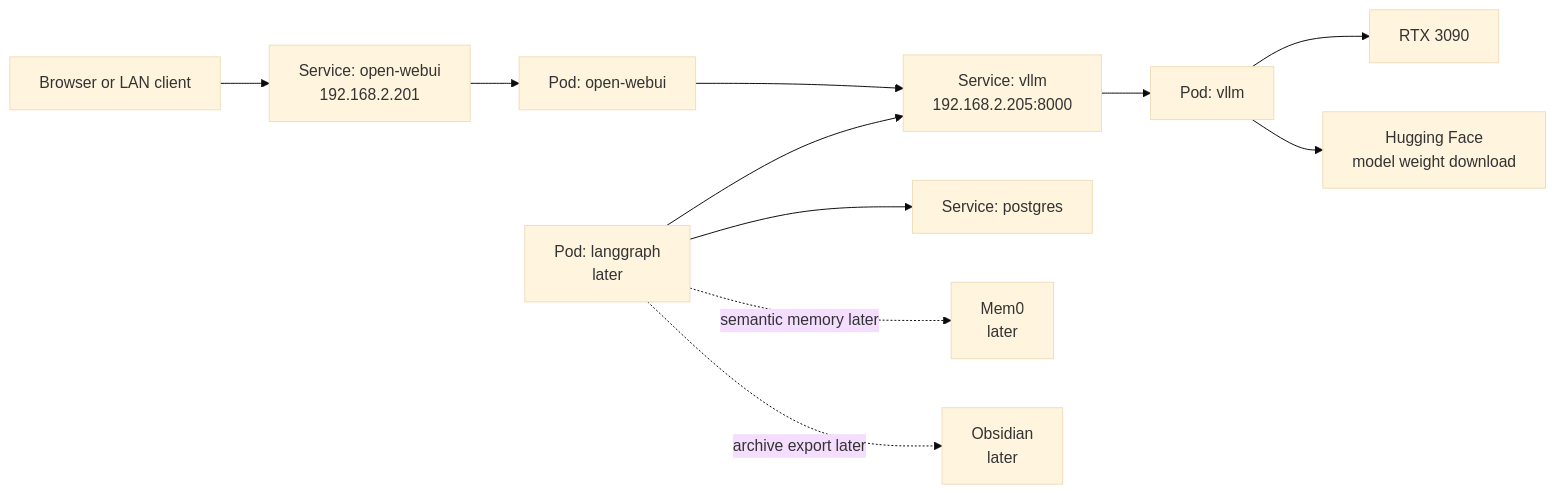
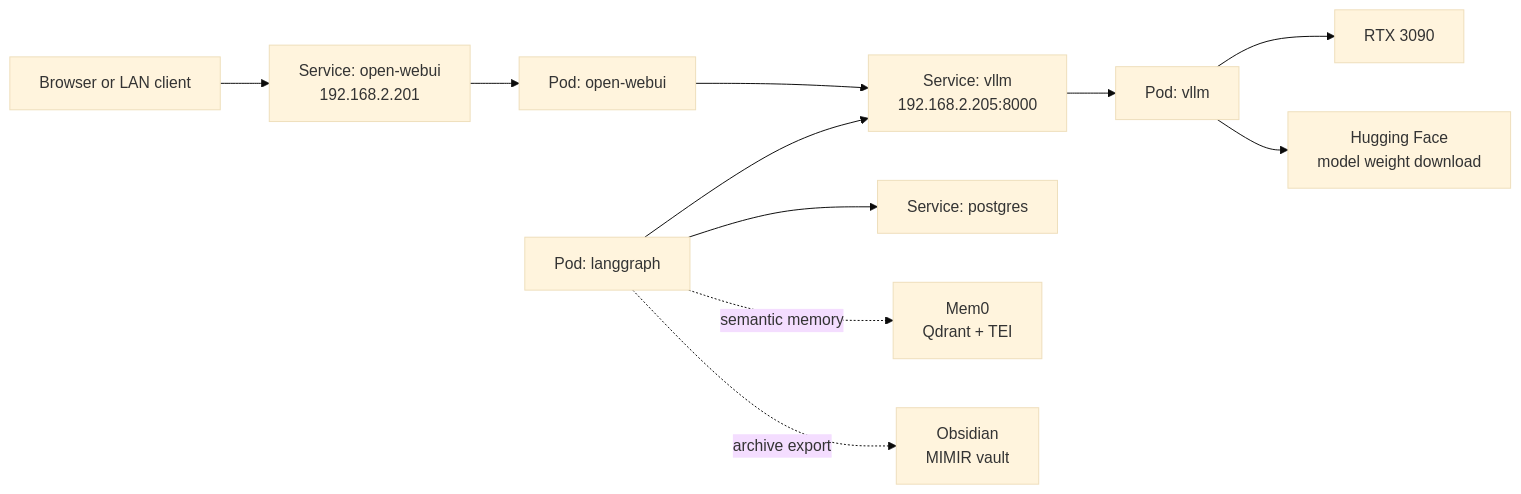
One commit to ixxet/Prometheus changed the diagram in docs/diagrams/pod-interactions.mmd. Above: the diagram before and after it, drawn with Mermaid (base theme). The commit also changed 10 other files, not shown here.

```diff
--- a/docs/diagrams/pod-interactions.mmd
+++ b/docs/diagrams/pod-interactions.mmd
@@ -1,17 +1,16 @@
 flowchart LR
   browser["Browser or LAN client"] --> owui_svc["Service: open-webui
 192.168.2.201"]
   owui_svc --> owui_pod["Pod: open-webui"]
   owui_pod --> vllm_svc["Service: vllm
 192.168.2.205:8000"]
   vllm_svc --> vllm_pod["Pod: vllm"]
   vllm_pod --> gpu["RTX 3090"]
   vllm_pod --> hf["Hugging Face
 model weight download"]
-  lg_pod["Pod: langgraph
-later"] --> pg_svc["Service: postgres"]
+  lg_pod["Pod: langgraph"] --> pg_svc["Service: postgres"]
   lg_pod --> vllm_svc
-  lg_pod -. semantic memory later .-> mem0["Mem0
-later"]
-  lg_pod -. archive export later .-> obs["Obsidian
-later"]
+  lg_pod -. semantic memory .-> mem0["Mem0
+Qdrant + TEI"]
+  lg_pod -. archive export .-> obs["Obsidian
+MIMIR vault"]
```
